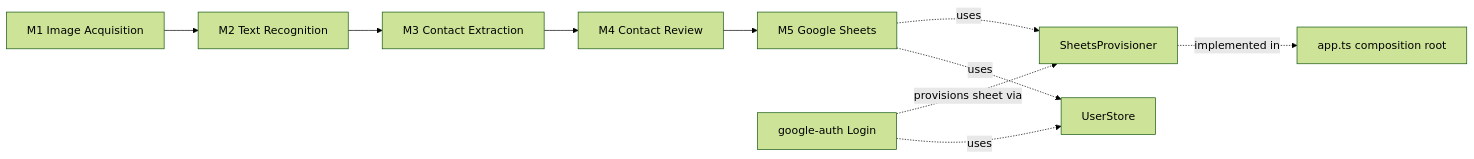
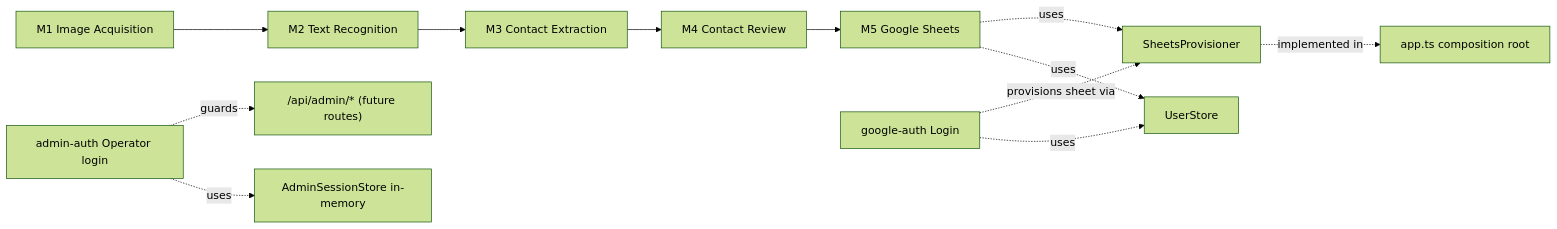
One commit to nipun1803/Card2Contact changed the first of 2 diagrams in docs/ARCHITECTURE.md. Above: the diagram before and after it, drawn with Mermaid (forest theme). The commit also changed other lines of this file and 50 other files, not shown here.

````diff
--- a/docs/ARCHITECTURE.md
+++ b/docs/ARCHITECTURE.md
@@ -49,12 +50,14 @@
 ```mermaid
 flowchart LR
   M1[M1 Image Acquisition] --> M2[M2 Text Recognition]
   M2 --> M3[M3 Contact Extraction]
   M3 --> M4[M4 Contact Review]
   M4 --> M5[M5 Google Sheets]
   GA[google-auth Login] -. provisions sheet via .-> SP[SheetsProvisioner]
   M5 -. uses .-> SP
   M5 -. uses .-> US[UserStore]
   GA -. uses .-> US
   SP -. implemented in .-> AppTs[app.ts composition root]
+  ADM[admin-auth Operator login] -. guards .-> ADMR["/api/admin/* (future routes)"]
+  ADM -. uses .-> ASS[AdminSessionStore in-memory]
 ```
````
